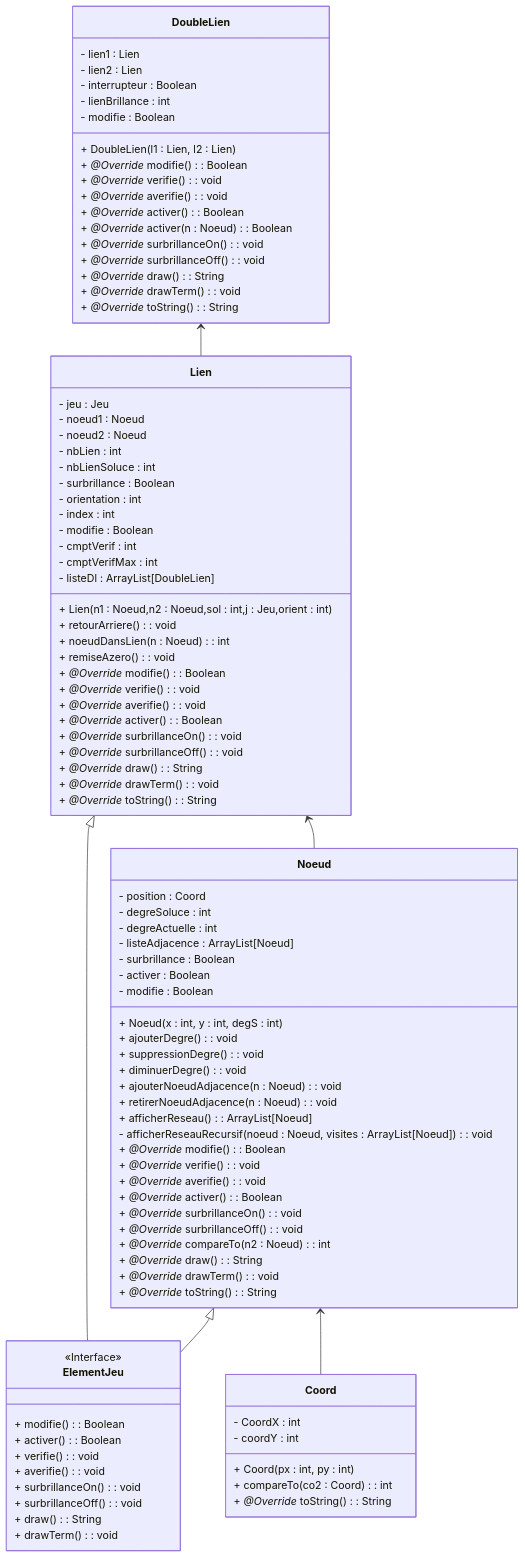
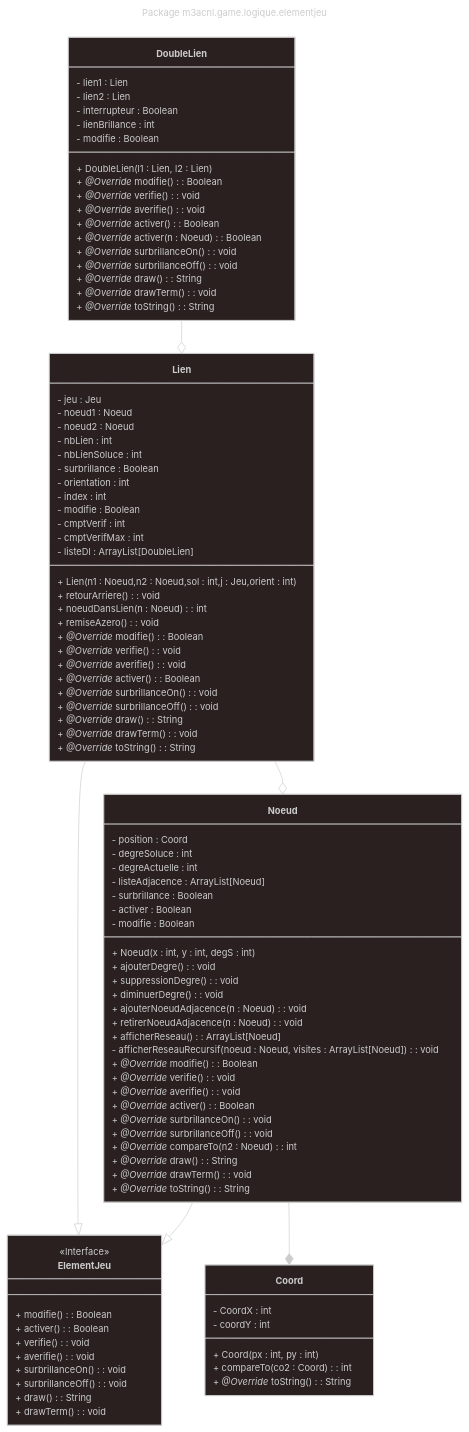
The diagram in DiagrammeClasse/game-logique-elementjeu.mmd (Gr4-M3ACNL/documents), drawn with Mermaid before and after one commit. The commit also changed 9 other files, not shown here.

Commit message:
docs: diagrame

```diff
--- a/DiagrammeClasse/game-logique-elementjeu.mmd
+++ b/DiagrammeClasse/game-logique-elementjeu.mmd
@@ -1,104 +1,110 @@
+---
+config:
+  theme: neo-dark
+title: Package m3acnl.game.logique.elementjeu
+---
+
 classDiagram
 direction TB
     class Coord {
 	    - CoordX : int
 	    - coordY : int
 	    + Coord(px : int, py : int)
 	    + compareTo(co2 : Coord) : int
 	    + *@Override* toString() : String
     }
 
     class DoubleLien {
 	    - lien1 : Lien
 	    - lien2 : Lien
 	    - interrupteur : Boolean
 	    - lienBrillance : int
 	    - modifie : Boolean
 	    + DoubleLien(l1 : Lien, l2 : Lien)
 	    + *@Override* modifie() : Boolean
 	    + *@Override* verifie() : void
 	    + *@Override* averifie() : void
 	    + *@Override* activer() : Boolean
 	    + *@Override* activer(n : Noeud) : Boolean
 	    + *@Override* surbrillanceOn() : void
 	    + *@Override* surbrillanceOff() : void
 	    + *@Override* draw() : String
 	    + *@Override* drawTerm() : void
 	    + *@Override* toString() : String
     }
 
     class ElementJeu {
         + modifie() : Boolean
         + activer() : Boolean
         + verifie() : void
         + averifie() : void
         + surbrillanceOn() : void
         + surbrillanceOff() : void
         + draw() : String
         + drawTerm() : void
     }
 
     class Lien{
         - jeu : Jeu
         - noeud1 : Noeud
         - noeud2 : Noeud
         - nbLien : int
         - nbLienSoluce : int
         - surbrillance : Boolean
         - orientation : int
         - index : int
         - modifie : Boolean
         - cmptVerif : int
         - cmptVerifMax : int
         - listeDl : ArrayList[DoubleLien]
         + Lien(n1 : Noeud,n2 : Noeud,sol : int,j : Jeu,orient : int)
         + retourArriere() : void
         + noeudDansLien(n : Noeud) : int
         + remiseAzero() : void
         + *@Override* modifie() : Boolean
 	    + *@Override* verifie() : void
 	    + *@Override* averifie() : void
 	    + *@Override* activer() : Boolean
         + *@Override* surbrillanceOn() : void
 	    + *@Override* surbrillanceOff() : void
 	    + *@Override* draw() : String
 	    + *@Override* drawTerm() : void
 	    + *@Override* toString() : String
 
     }
 
     class Noeud{
         - position : Coord
         - degreSoluce : int
         - degreActuelle : int
         - listeAdjacence : ArrayList[Noeud]
         - surbrillance : Boolean
         - activer : Boolean
         - modifie : Boolean
         + Noeud(x : int, y : int, degS : int)
         + ajouterDegre() : void
         + suppressionDegre() : void
         + diminuerDegre() : void
         + ajouterNoeudAdjacence(n : Noeud) : void
         + retirerNoeudAdjacence(n : Noeud) : void
         + afficherReseau() : ArrayList[Noeud]
         - afficherReseauRecursif(noeud : Noeud, visites : ArrayList[Noeud]) : void
         + *@Override* modifie() : Boolean
 	    + *@Override* verifie() : void
 	    + *@Override* averifie() : void
 	    + *@Override* activer() : Boolean
         + *@Override* surbrillanceOn() : void
 	    + *@Override* surbrillanceOff() : void
         + *@Override* compareTo(n2 : Noeud) : int
 	    + *@Override* draw() : String
 	    + *@Override* drawTerm() : void
 	    + *@Override* toString() : String
 
 
     }
 	<<Interface>> ElementJeu
-    Lien <|-- ElementJeu
-    Noeud <|-- ElementJeu
-    Lien <-- Noeud
-    DoubleLien <-- Lien
-    Noeud <-- Coord
+    Lien --|> ElementJeu
+    Noeud --|> ElementJeu
+    Lien --o Noeud
+    DoubleLien --o Lien
+    Noeud --* Coord
```
